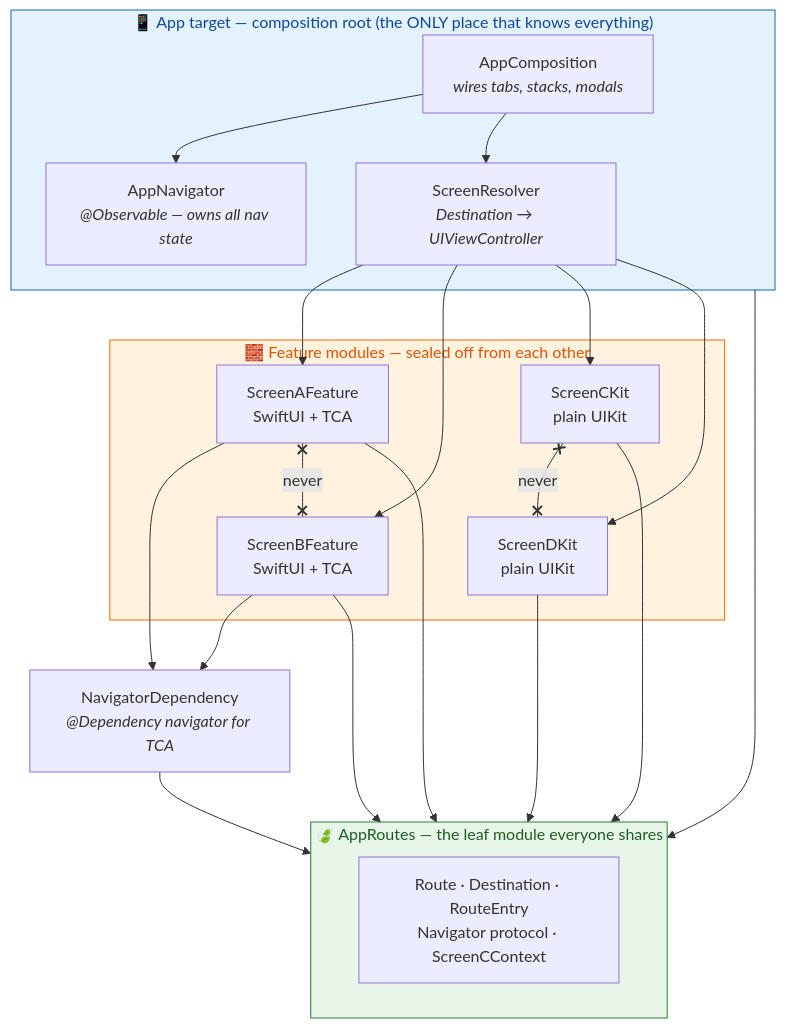
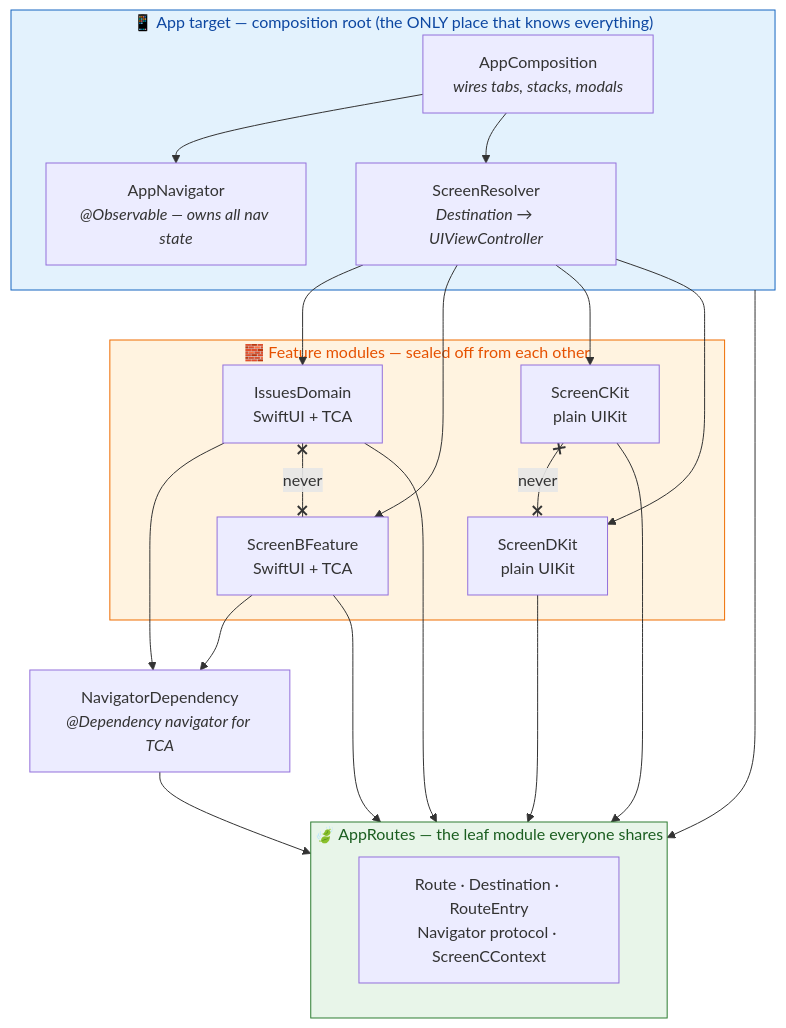
The first of 4 diagrams in README.md (guycohenadsk/SwiftNavigator), drawn with Mermaid before and after one commit. The commit also changed other lines of this file and 1 other file, not shown here.

First line of the commit message:
Update README for IssuesDomain

````diff
--- a/README.md
+++ b/README.md
@@ -55,44 +99,44 @@
 ```mermaid
 flowchart TB
     subgraph app["📱 App target — composition root (the ONLY place that knows everything)"]
         AC["AppComposition<br/><i>wires tabs, stacks, modals</i>"]
         AN["AppNavigator<br/><i>@Observable — owns all nav state</i>"]
         SR["ScreenResolver<br/><i>Destination → UIViewController</i>"]
     end
 
     subgraph features["🧱 Feature modules — sealed off from each other"]
-        A["ScreenAFeature<br/>SwiftUI + TCA"]
+        A["IssuesDomain<br/>SwiftUI + TCA"]
         B["ScreenBFeature<br/>SwiftUI + TCA"]
         C["ScreenCKit<br/>plain UIKit"]
         D["ScreenDKit<br/>plain UIKit"]
     end
 
     ND["NavigatorDependency<br/><i>@Dependency navigator for TCA</i>"]
 
     subgraph routes["🍃 AppRoutes — the leaf module everyone shares"]
         R["Route · Destination · RouteEntry<br/>Navigator protocol · ScreenCContext"]
     end
 
     AC --> AN
     AC --> SR
     SR --> A
     SR --> B
     SR --> C
     SR --> D
 
     A --> ND
     B --> ND
     ND --> routes
     A --> routes
     B --> routes
     C --> routes
     D --> routes
     app --> routes
 
     A x--"never"--x B
     C x--"never"--x D
 
     style routes fill:#e8f5e9,stroke:#2e7d32,color:#1b5e20
     style app fill:#e3f2fd,stroke:#1565c0,color:#0d47a1
     style features fill:#fff3e0,stroke:#ef6c00,color:#e65100
 ```
````
